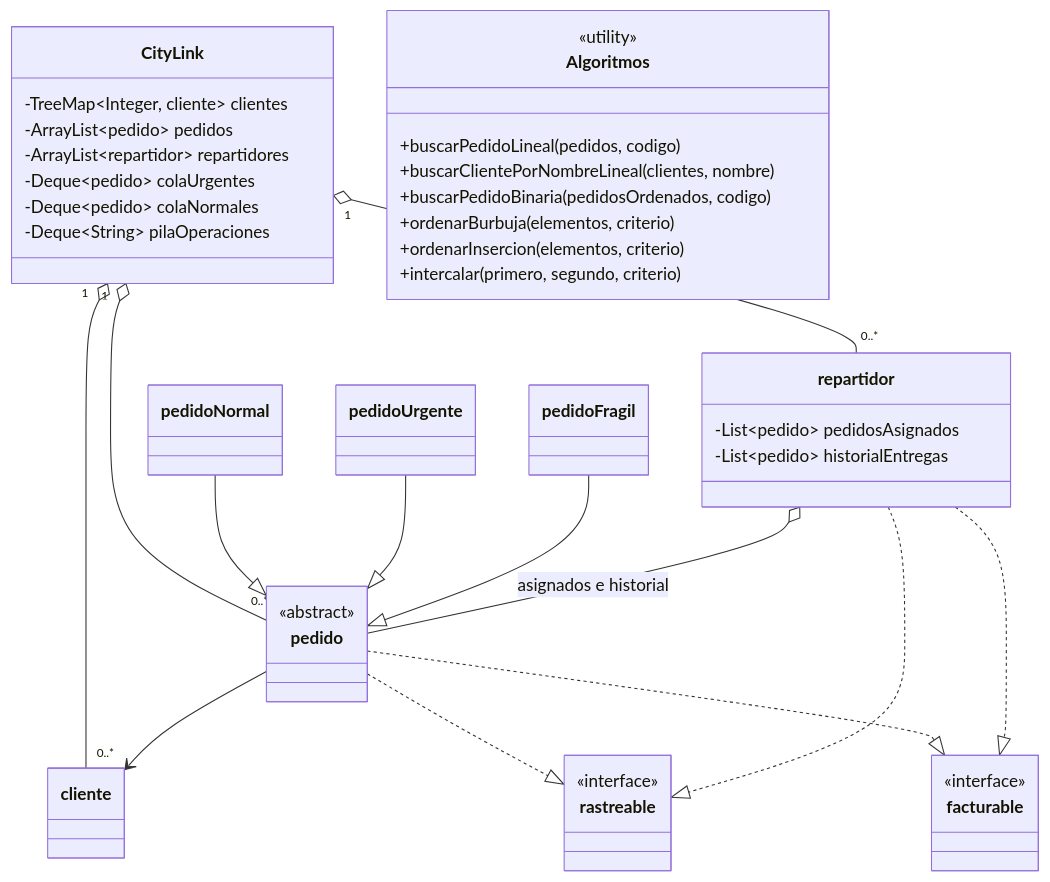
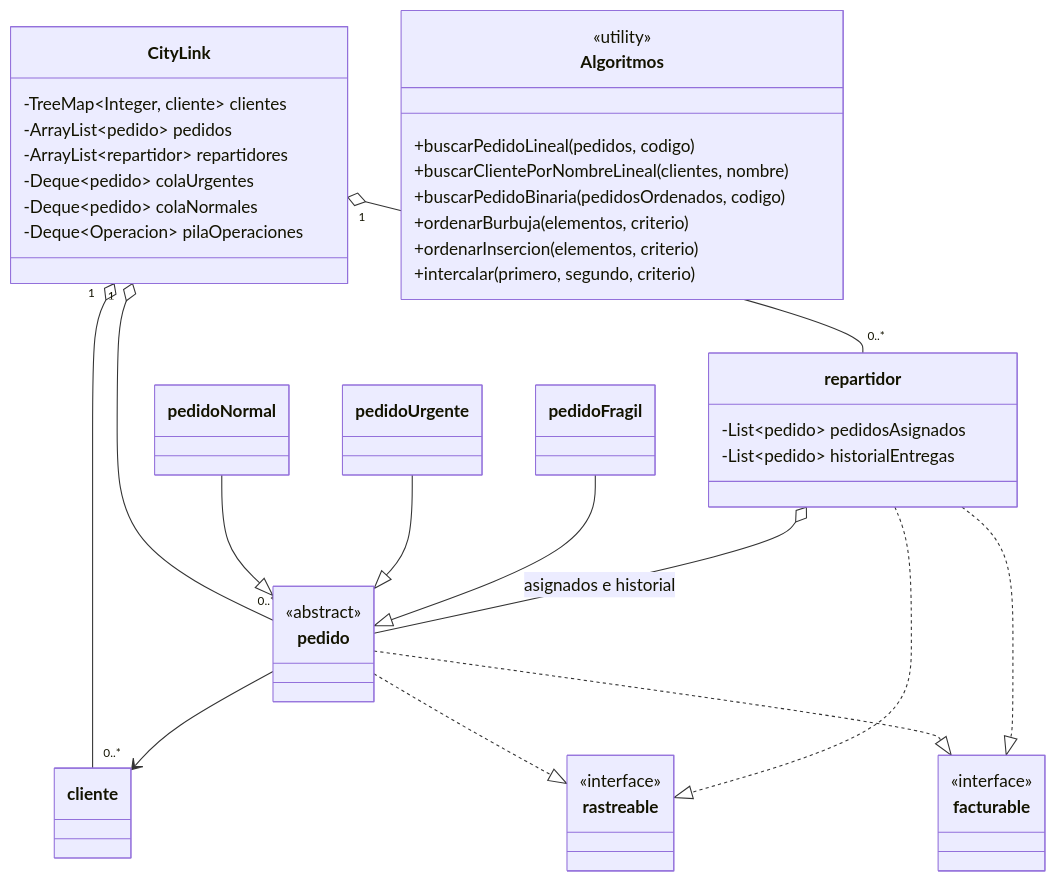
One commit to paronimo/trab-prog-int changed the diagram in README.md. Above: the diagram before and after it, drawn with Mermaid. The commit also changed other lines of this file and 5 other files, not shown here.

````diff
--- a/README.md
+++ b/README.md
@@ -32,50 +34,50 @@
 ```mermaid
 classDiagram
     class CityLink {
         -TreeMap~Integer, cliente~ clientes
         -ArrayList~pedido~ pedidos
         -ArrayList~repartidor~ repartidores
         -Deque~pedido~ colaUrgentes
         -Deque~pedido~ colaNormales
-        -Deque~String~ pilaOperaciones
+        -Deque~Operacion~ pilaOperaciones
     }
     class cliente
     class pedido {
         <<abstract>>
     }
     class pedidoNormal
     class pedidoUrgente
     class pedidoFragil
     class repartidor {
         -List~pedido~ pedidosAsignados
         -List~pedido~ historialEntregas
     }
     class Algoritmos {
         <<utility>>
         +buscarPedidoLineal(pedidos, codigo)
         +buscarClientePorNombreLineal(clientes, nombre)
         +buscarPedidoBinaria(pedidosOrdenados, codigo)
         +ordenarBurbuja(elementos, criterio)
         +ordenarInsercion(elementos, criterio)
         +intercalar(primero, segundo, criterio)
     }
     class rastreable {
         <<interface>>
     }
     class facturable {
         <<interface>>
     }
 
     CityLink "1" o-- "0..*" cliente
     CityLink "1" o-- "0..*" pedido
     CityLink "1" o-- "0..*" repartidor
     pedidoNormal --|> pedido
     pedidoUrgente --|> pedido
     pedidoFragil --|> pedido
     pedido --> cliente
     repartidor o-- pedido : asignados e historial
     pedido ..|> rastreable
     pedido ..|> facturable
     repartidor ..|> rastreable
     repartidor ..|> facturable
 ```
````
